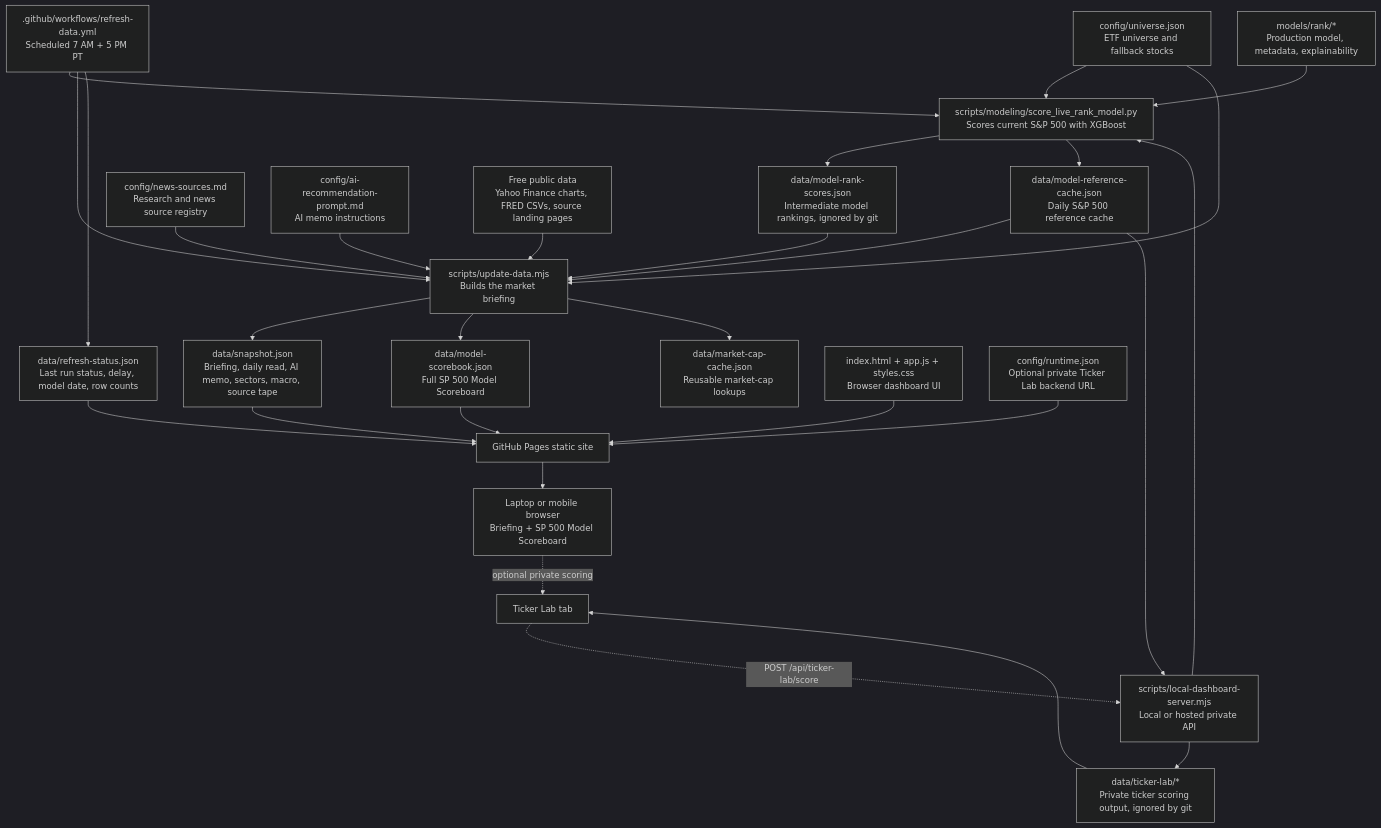
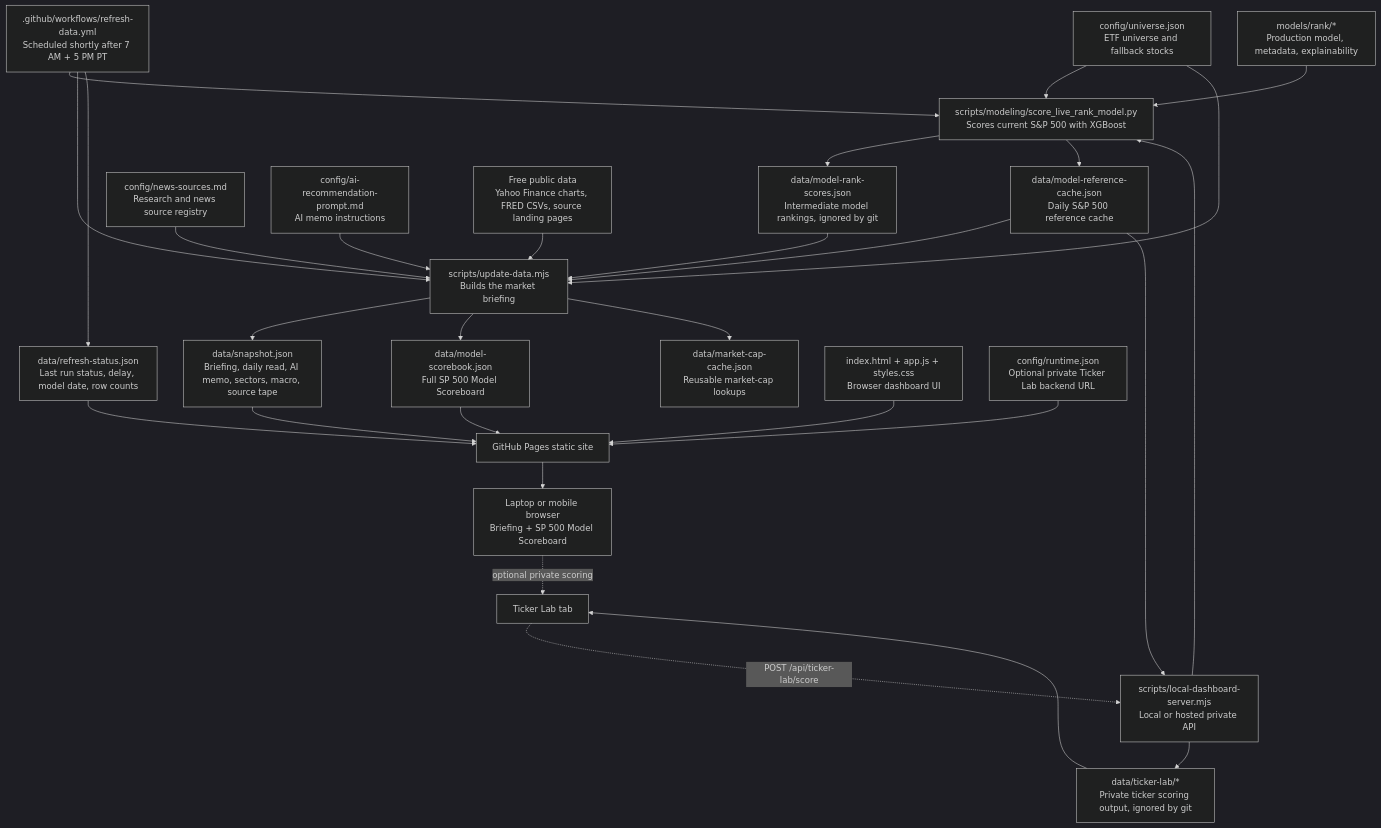
Before and after one commit to jhmona12/market-pulse: the diagram in README.md, drawn with Mermaid (dark theme). The commit also changed other lines of this file and 1 other file, not shown here.

Commit message:
Avoid top-of-hour refresh schedule

````diff
--- a/README.md
+++ b/README.md
@@ -9,36 +9,36 @@
 ```mermaid
 flowchart TD
-  schedule[".github/workflows/refresh-data.yml<br/>Scheduled 7 AM + 5 PM PT"] --> scorer["scripts/modeling/score_live_rank_model.py<br/>Scores current S&P 500 with XGBoost"]
+  schedule[".github/workflows/refresh-data.yml<br/>Scheduled shortly after 7 AM + 5 PM PT"] --> scorer["scripts/modeling/score_live_rank_model.py<br/>Scores current S&P 500 with XGBoost"]
 
   modelFiles["models/rank/*<br/>Production model, metadata, explainability"] --> scorer
   universe["config/universe.json<br/>ETF universe and fallback stocks"] --> scorer
   scorer --> modelScores["data/model-rank-scores.json<br/>Intermediate model rankings, ignored by git"]
   scorer --> referenceCache["data/model-reference-cache.json<br/>Daily S&P 500 reference cache"]
 
   schedule --> refresh["scripts/update-data.mjs<br/>Builds the market briefing"]
   newsSources["config/news-sources.md<br/>Research and news source registry"] --> refresh
   aiPrompt["config/ai-recommendation-prompt.md<br/>AI memo instructions"] --> refresh
   universe --> refresh
   modelScores --> refresh
   referenceCache --> refresh
   freeData["Free public data<br/>Yahoo Finance charts, FRED CSVs, source landing pages"] --> refresh
 
   refresh --> snapshot["data/snapshot.json<br/>Briefing, daily read, AI memo, sectors, macro, source tape"]
   refresh --> scorebook["data/model-scorebook.json<br/>Full SP 500 Model Scoreboard"]
   refresh --> marketCaps["data/market-cap-cache.json<br/>Reusable market-cap lookups"]
   schedule --> refreshStatus["data/refresh-status.json<br/>Last run status, delay, model date, row counts"]
 
   snapshot --> pages["GitHub Pages static site"]
   scorebook --> pages
   refreshStatus --> pages
   appFiles["index.html + app.js + styles.css<br/>Browser dashboard UI"] --> pages
   runtime["config/runtime.json<br/>Optional private Ticker Lab backend URL"] --> pages
   pages --> browser["Laptop or mobile browser<br/>Briefing + SP 500 Model Scoreboard"]
 
   browser -. optional private scoring .-> tickerUi["Ticker Lab tab"]
   tickerUi -. POST /api/ticker-lab/score .-> backend["scripts/local-dashboard-server.mjs<br/>Local or hosted private API"]
   backend --> scorer
   referenceCache --> backend
   backend --> tickerOutput["data/ticker-lab/*<br/>Private ticker scoring output, ignored by git"]
   tickerOutput --> tickerUi
 ```
````
